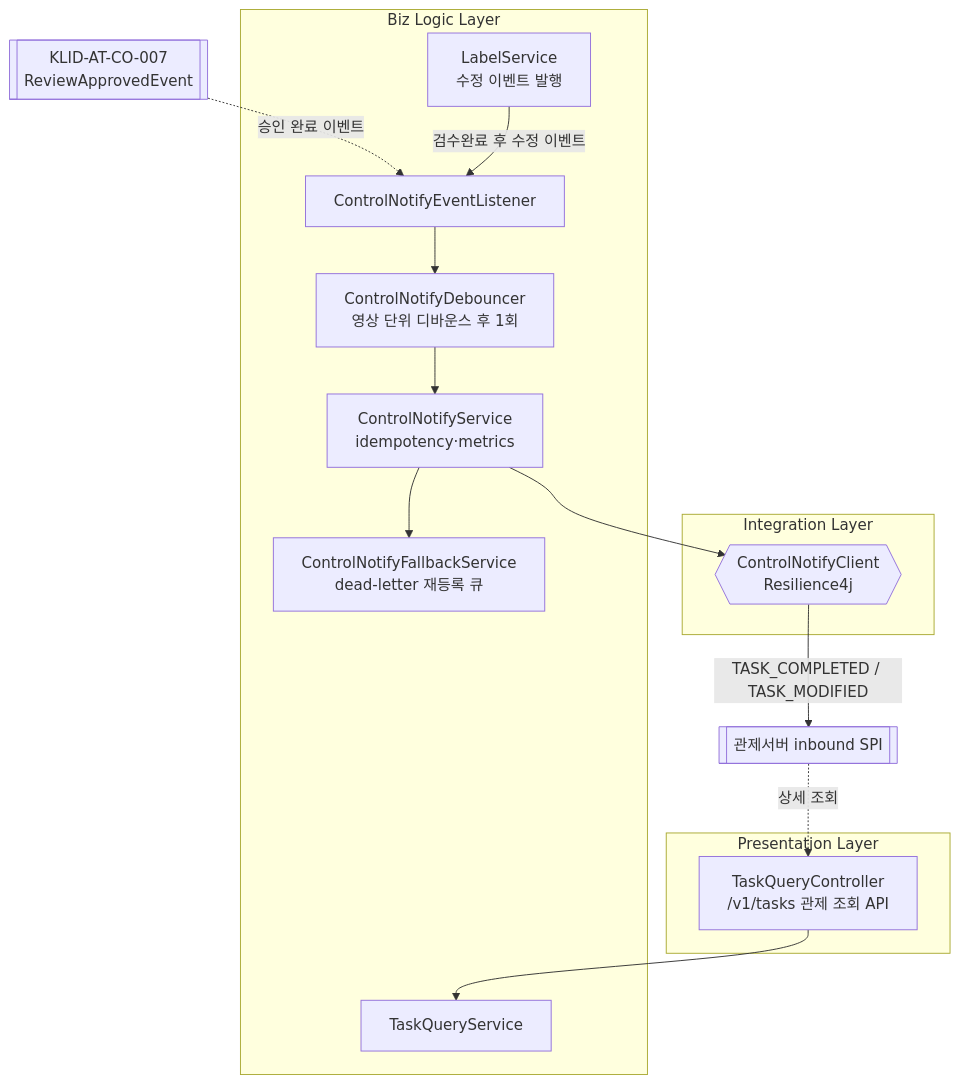
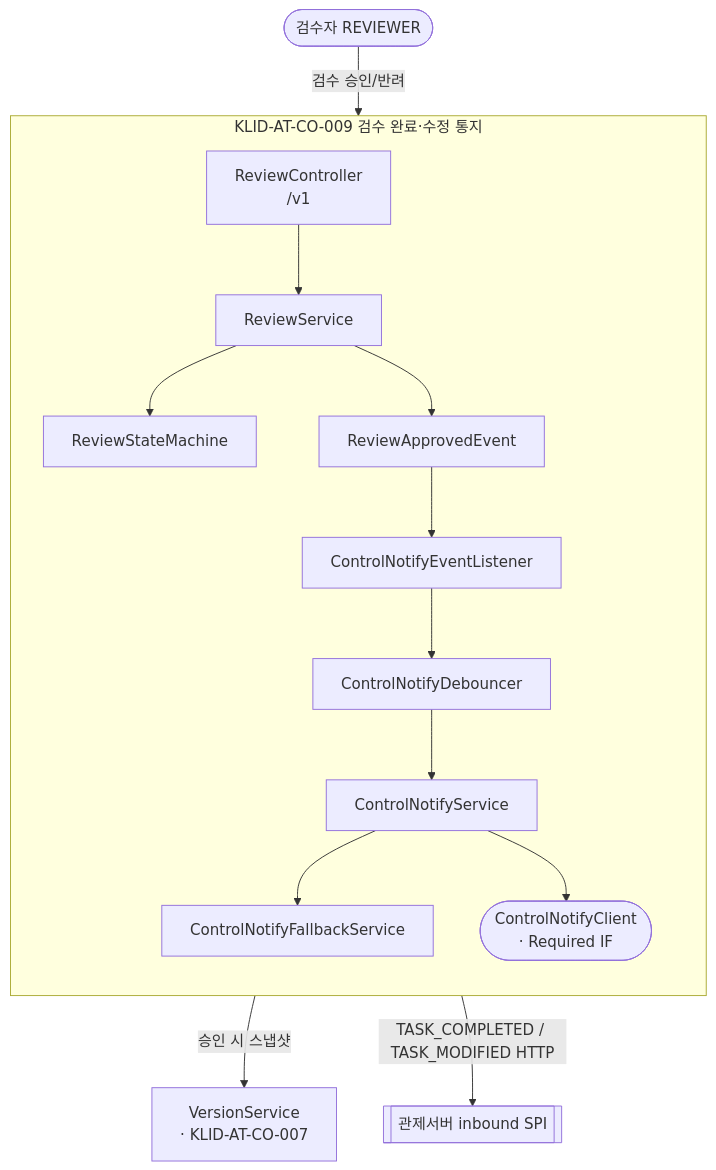
One commit to New-stella/klid-label changed the ninth of 13 diagrams in docs/design/D3-컴포넌트설계서.md. Above: the diagram before and after it, drawn with Mermaid. The commit also changed other lines of this file and 6 other files, not shown here.

````diff
--- a/docs/design/D3-컴포넌트설계서.md
+++ b/docs/design/D3-컴포넌트설계서.md
@@ -331,30 +231,29 @@
 ```mermaid
-flowchart TB
-  CTRL[["관제서버 inbound SPI"]]
-  CO007[["KLID-AT-CO-007<br/>ReviewApprovedEvent"]]
-
-  subgraph Presentation [Presentation Layer]
-    TaskQryCtrl[TaskQueryController<br/>/v1/tasks 관제 조회 API]
-  end
-  subgraph Biz [Biz Logic Layer]
-    LblSvc[LabelService<br/>수정 이벤트 발행]
-    NotifyLsnr[ControlNotifyEventListener]
-    NotifyDeb[ControlNotifyDebouncer<br/>영상 단위 디바운스 후 1회]
-    NotifySvc[ControlNotifyService<br/>idempotency·metrics]
-    NotifyFb[ControlNotifyFallbackService<br/>dead-letter 재등록 큐]
-    TaskQrySvc[TaskQueryService]
-  end
-  subgraph Integration [Integration Layer]
-    NotifyClient{{ControlNotifyClient<br/>Resilience4j}}
-  end
-
-  CO007 -.승인 완료 이벤트.-> NotifyLsnr
-  LblSvc -->|검수완료 후 수정 이벤트| NotifyLsnr
-  NotifyLsnr --> NotifyDeb
-  NotifyDeb --> NotifySvc
-  NotifySvc --> NotifyClient
-  NotifySvc --> NotifyFb
-  NotifyClient -->|TASK_COMPLETED / TASK_MODIFIED| CTRL
-  CTRL -.상세 조회.-> TaskQryCtrl
-  TaskQryCtrl --> TaskQrySvc
+flowchart TD
+    REVIEWER([검수자 REVIEWER])
+    CTRL[[관제서버 inbound SPI]]
+    subgraph CO009[KLID-AT-CO-009 검수 완료·수정 통지]
+        direction TB
+        RC[ReviewController<br/>/v1]
+        RS[ReviewService]
+        RSM[ReviewStateMachine]
+        RAE[ReviewApprovedEvent]
+        CNL[ControlNotifyEventListener]
+        CND[ControlNotifyDebouncer]
+        CNS[ControlNotifyService]
+        CNFS[ControlNotifyFallbackService]
+        CNC([ControlNotifyClient<br/>· Required IF])
+        RC --> RS
+        RS --> RSM
+        RS --> RAE
+        RAE --> CNL
+        CNL --> CND
+        CND --> CNS
+        CNS --> CNFS
+        CNS --> CNC
+    end
+    VS[VersionService<br/>· KLID-AT-CO-007]
+    REVIEWER -->|검수 승인/반려| RC
+    RS -->|승인 시 스냅샷| VS
+    CNC -->|TASK_COMPLETED / TASK_MODIFIED HTTP| CTRL
 ```
````
